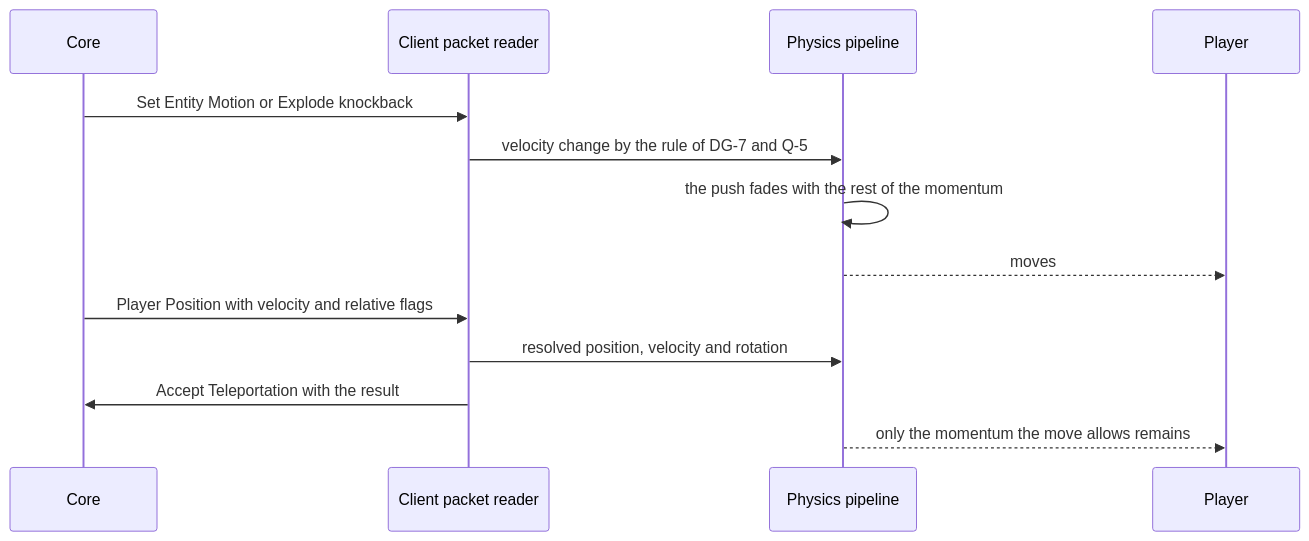
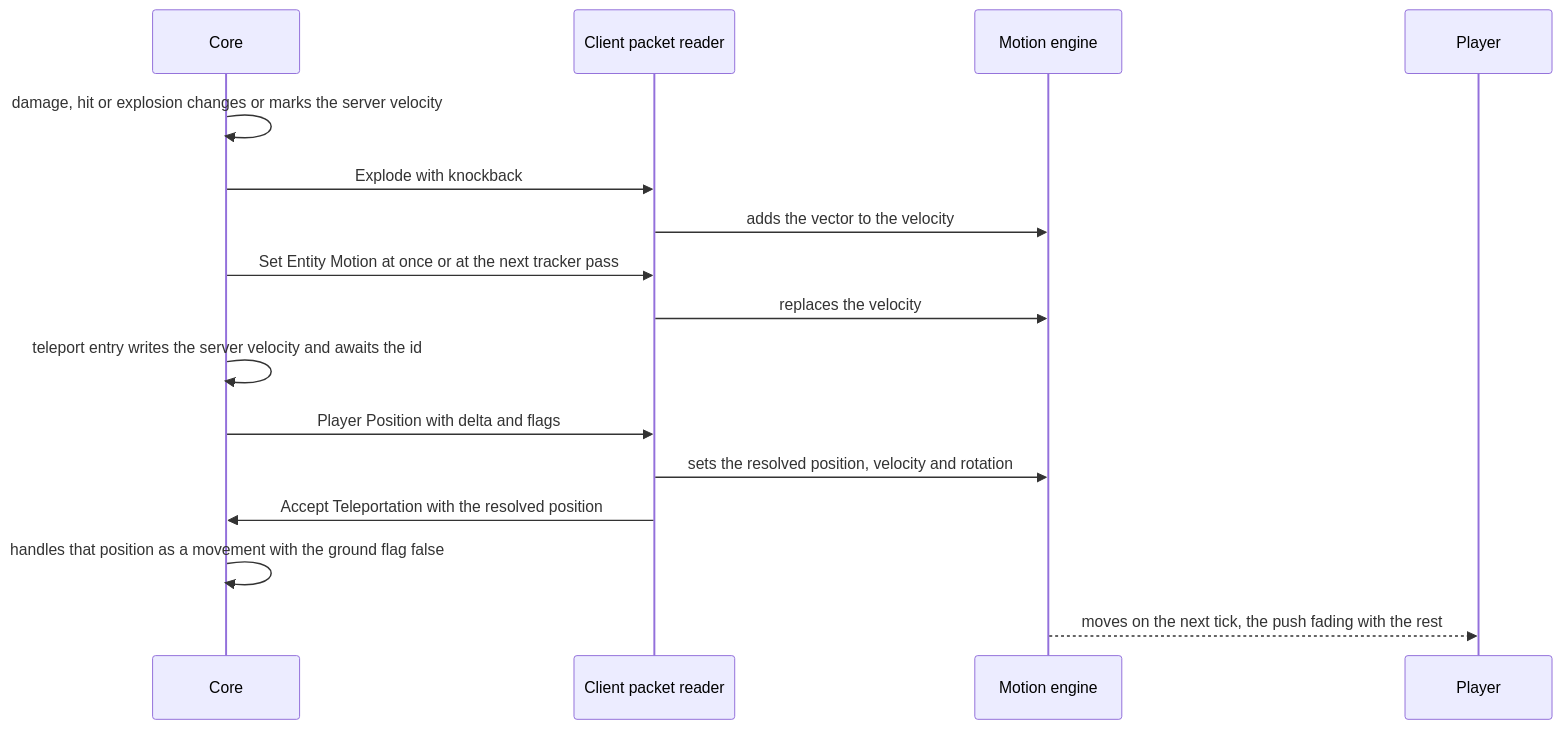
One commit to stefanrusek/cobolcraft changed the fifth of 6 diagrams in specs/003-vanilla-movement/plan.md. Above: the diagram before and after it, drawn with Mermaid. The commit also changed other lines of this file and 26 other files, not shown here.

````diff
--- a/specs/003-vanilla-movement/plan.md
+++ b/specs/003-vanilla-movement/plan.md
@@ -423,15 +631,18 @@
 ```mermaid
 sequenceDiagram
     participant S as Core
     participant N as Client packet reader
-    participant H as Physics pipeline
+    participant E as Motion engine
     participant P as Player
-    S->>N: Set Entity Motion or Explode knockback
-    N->>H: velocity change by the rule of DG-7 and Q-5
-    H->>H: the push fades with the rest of the momentum
-    H-->>P: moves
-    S->>N: Player Position with velocity and relative flags
-    N->>H: resolved position, velocity and rotation
-    N->>S: Accept Teleportation with the result
-    H-->>P: only the momentum the move allows remains
+    S->>S: damage, hit or explosion changes or marks the server velocity
+    S->>N: Explode with knockback
+    N->>E: adds the vector to the velocity
+    S->>N: Set Entity Motion at once or at the next tracker pass
+    N->>E: replaces the velocity
+    S->>S: teleport entry writes the server velocity and awaits the id
+    S->>N: Player Position with delta and flags
+    N->>E: sets the resolved position, velocity and rotation
+    N->>S: Accept Teleportation with the resolved position
+    S->>S: handles that position as a movement with the ground flag false
+    E-->>P: moves on the next tick, the push fading with the rest
 ```
````
